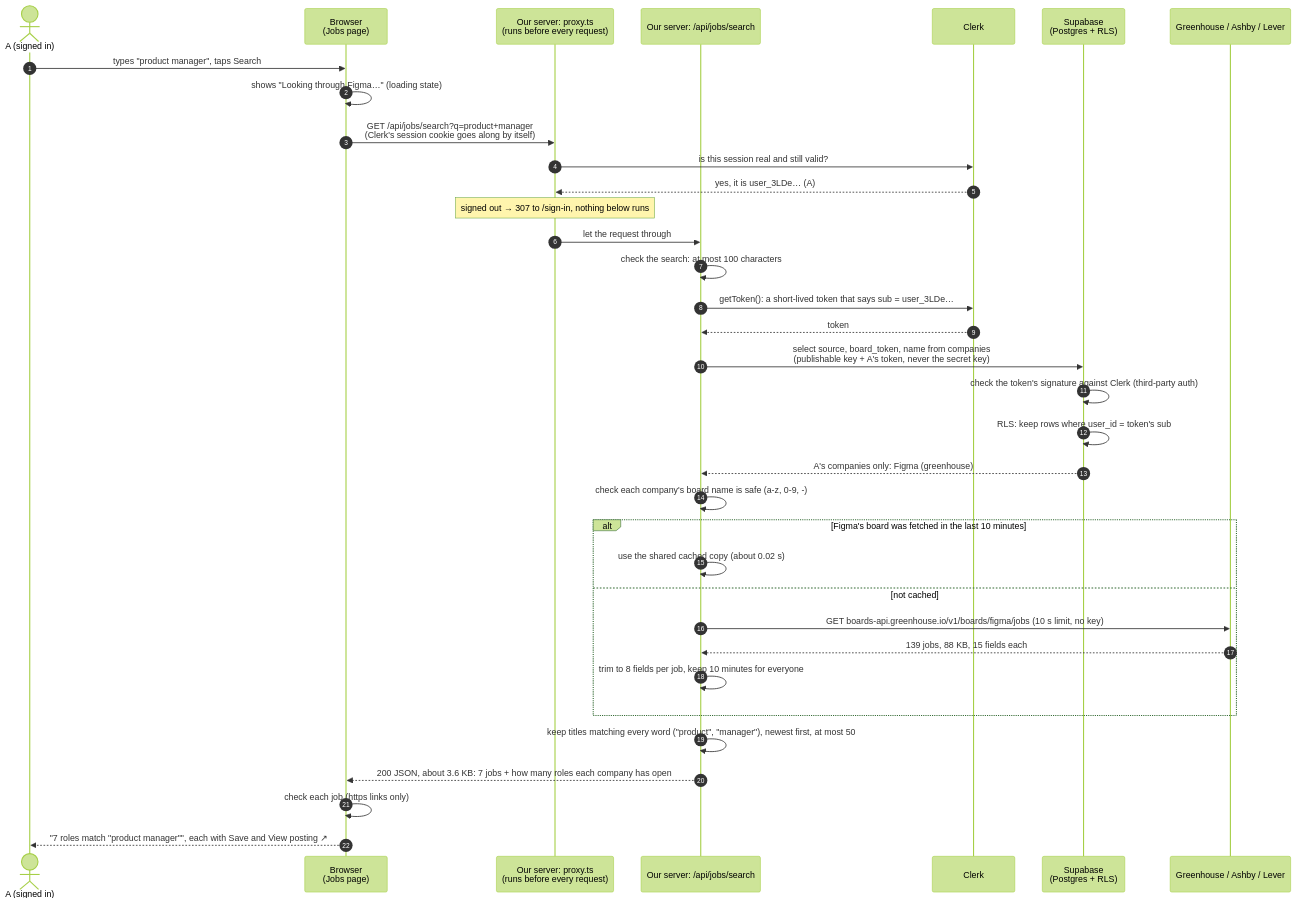
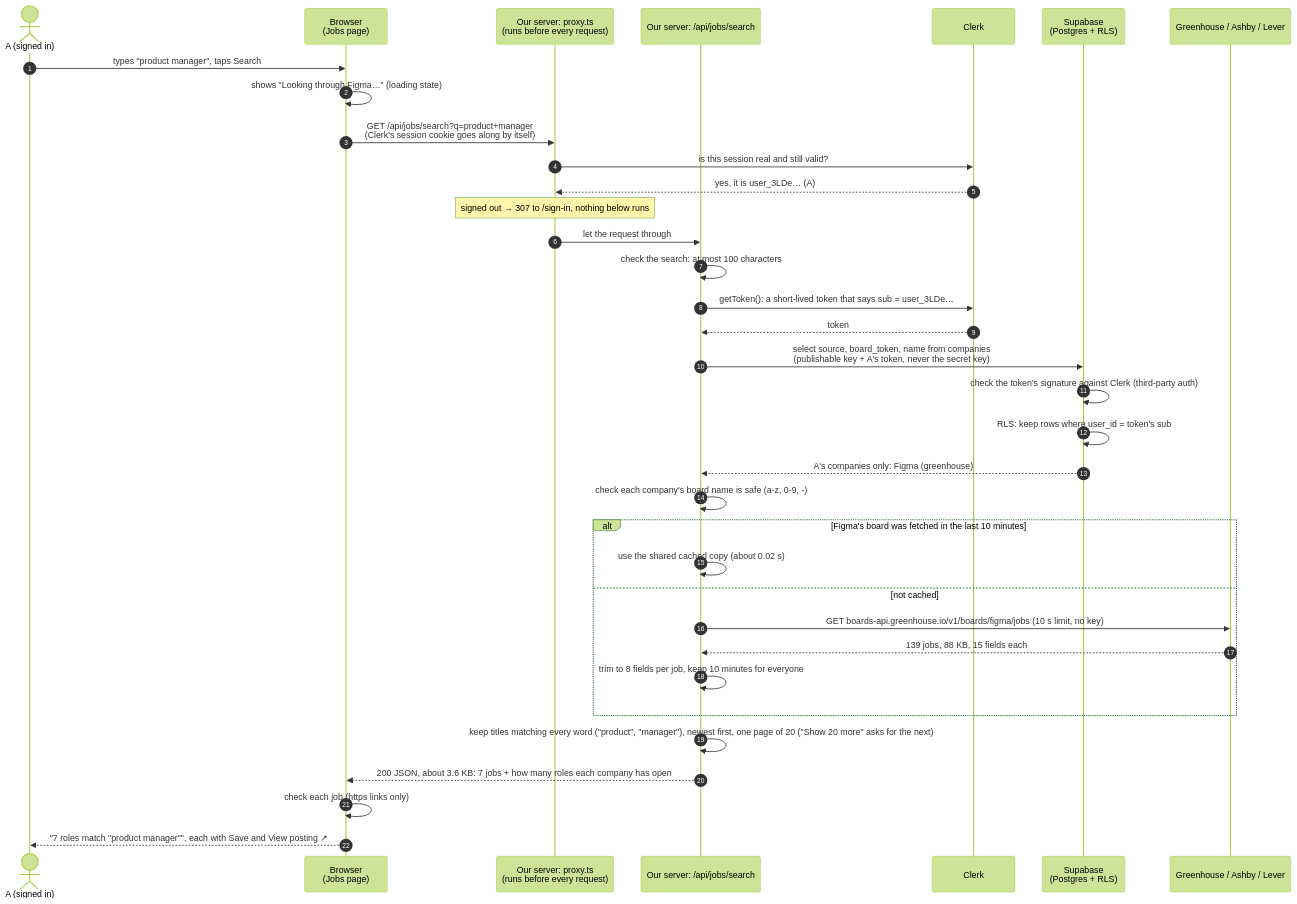
Before and after one commit to jessieyiqichen/dbs-a4: the first of 2 diagrams in docs/request-flow.md, drawn with Mermaid (forest theme). The commit also changed 9 other files, not shown here.

Commit message:
feat: job results come 20 at a time with Show 20 more, instead of a cut-off list of 50

````diff
--- a/docs/request-flow.md
+++ b/docs/request-flow.md
@@ -9,38 +9,38 @@
 ```mermaid
 sequenceDiagram
     autonumber
     actor A as A (signed in)
     participant B as Browser<br/>(Jobs page)
     participant P as Our server: proxy.ts<br/>(runs before every request)
     participant R as Our server: /api/jobs/search
     participant C as Clerk
     participant S as Supabase<br/>(Postgres + RLS)
     participant J as Greenhouse / Ashby / Lever
 
     A->>B: types "product manager", taps Search
     B->>B: shows "Looking through Figma…" (loading state)
     B->>P: GET /api/jobs/search?q=product+manager<br/>(Clerk's session cookie goes along by itself)
     P->>C: is this session real and still valid?
     C-->>P: yes, it is user_3LDe… (A)
     Note over P: signed out → 307 to /sign-in, nothing below runs
     P->>R: let the request through
     R->>R: check the search: at most 100 characters
     R->>C: getToken(): a short-lived token that says sub = user_3LDe…
     C-->>R: token
     R->>S: select source, board_token, name from companies<br/>(publishable key + A's token, never the secret key)
     S->>S: check the token's signature against Clerk (third-party auth)
     S->>S: RLS: keep rows where user_id = token's sub
     S-->>R: A's companies only: Figma (greenhouse)
     R->>R: check each company's board name is safe (a-z, 0-9, -)
     alt Figma's board was fetched in the last 10 minutes
         R->>R: use the shared cached copy (about 0.02 s)
     else not cached
         R->>J: GET boards-api.greenhouse.io/v1/boards/figma/jobs (10 s limit, no key)
         J-->>R: 139 jobs, 88 KB, 15 fields each
         R->>R: trim to 8 fields per job, keep 10 minutes for everyone
     end
-    R->>R: keep titles matching every word ("product", "manager"), newest first, at most 50
+    R->>R: keep titles matching every word ("product", "manager"), newest first, one page of 20 ("Show 20 more" asks for the next)
     R-->>B: 200 JSON, about 3.6 KB: 7 jobs + how many roles each company has open
     B->>B: check each job (https links only)
     B-->>A: "7 roles match "product manager"", each with Save and View posting ↗
 ```
````
